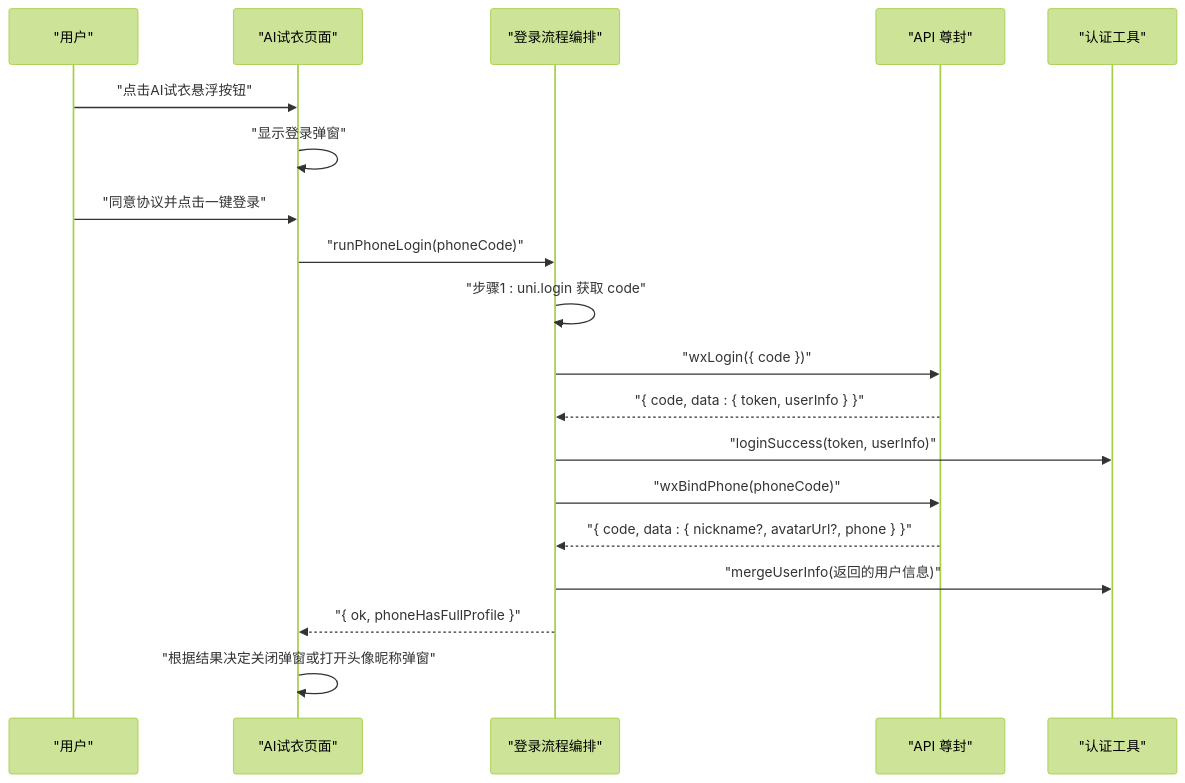
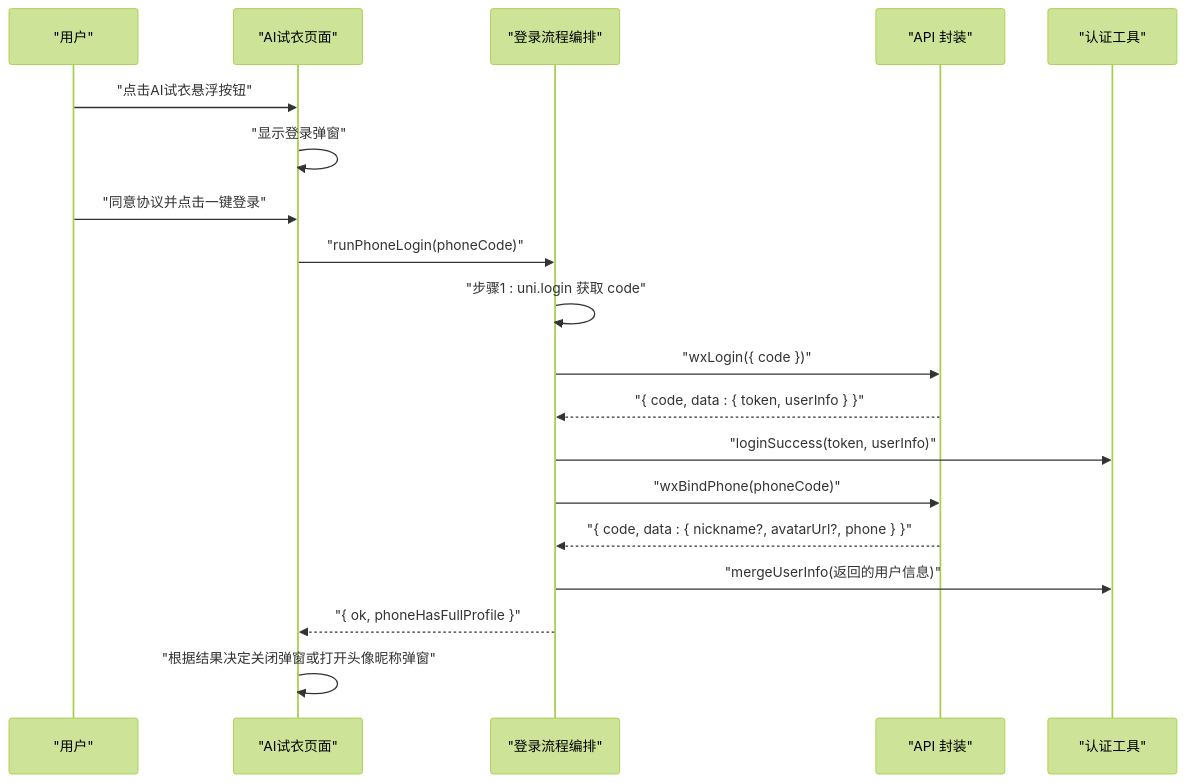
One commit to crazyma99/blueberry changed the fourth of 10 diagrams in .qoder/repowiki/zh/content/核心功能模块/用户认证系统.md. Above: the diagram before and after it, drawn with Mermaid (forest theme). The commit also changed other lines of this file and 4 other files, not shown here.

````diff
--- a/.qoder/repowiki/zh/content/核心功能模块/用户认证系统.md
+++ b/.qoder/repowiki/zh/content/核心功能模块/用户认证系统.md
@@ -225,21 +245,21 @@
 ```mermaid
 sequenceDiagram
 participant U as "用户"
 participant Page as "AI试衣页面"
 participant LF as "登录流程编排"
-participant API as "API 尊封"
+participant API as "API 封装"
 participant Auth as "认证工具"
 U->>Page : "点击AI试衣悬浮按钮"
 Page->>Page : "显示登录弹窗"
 U->>Page : "同意协议并点击一键登录"
 Page->>LF : "runPhoneLogin(phoneCode)"
 LF->>LF : "步骤1 : uni.login 获取 code"
 LF->>API : "wxLogin({ code })"
 API-->>LF : "{ code, data : { token, userInfo } }"
 LF->>Auth : "loginSuccess(token, userInfo)"
 LF->>API : "wxBindPhone(phoneCode)"
 API-->>LF : "{ code, data : { nickname?, avatarUrl?, phone } }"
 LF->>Auth : "mergeUserInfo(返回的用户信息)"
 LF-->>Page : "{ ok, phoneHasFullProfile }"
 Page->>Page : "根据结果决定关闭弹窗或打开头像昵称弹窗"
 ```
````
